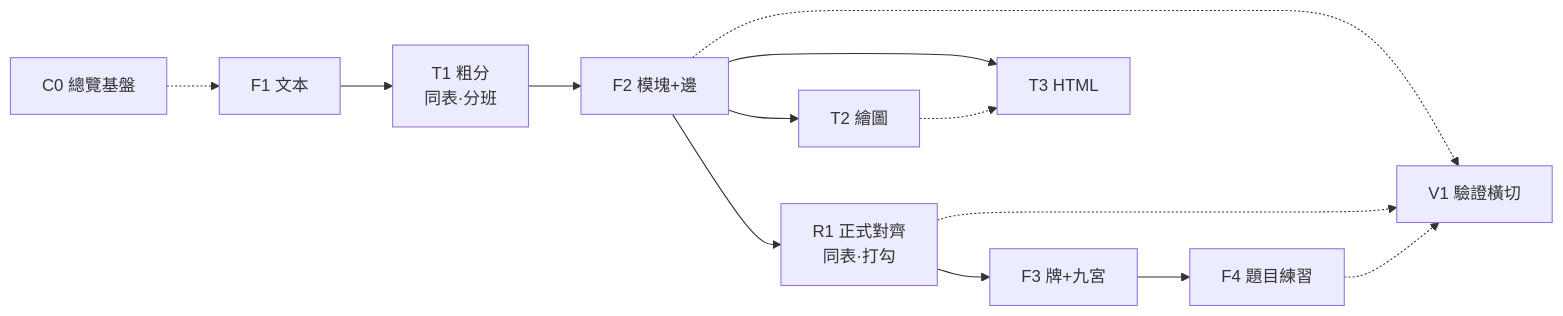
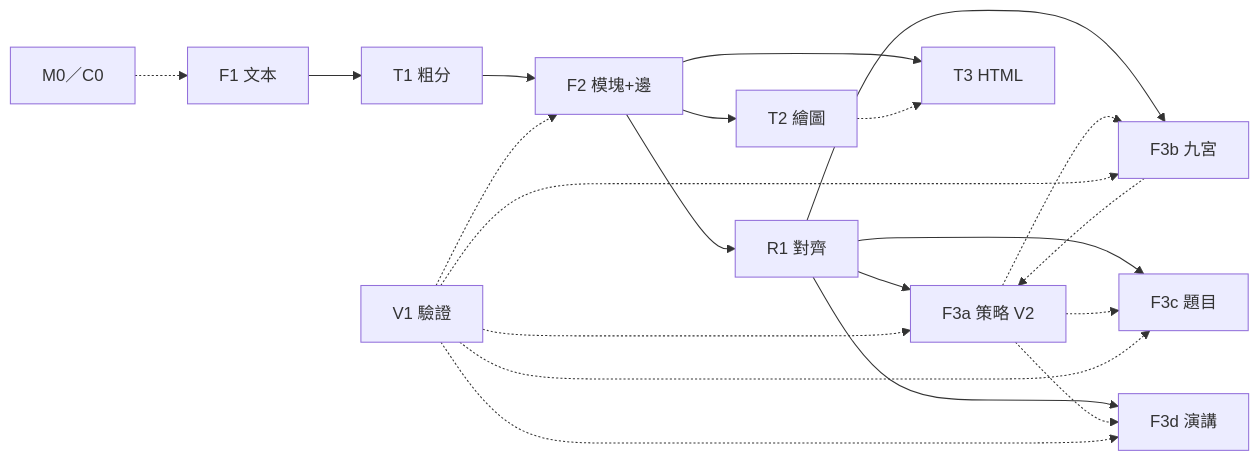
Before and after one commit to e76541/HS_LearnOSa: the diagram in docs/management/ops-id-legend.md, drawn with Mermaid. The commit also changed other lines of this file and 18 other files, not shown here.

````diff
--- a/docs/management/ops-id-legend.md
+++ b/docs/management/ops-id-legend.md
@@ -96,22 +133,34 @@
 ```mermaid
 flowchart LR
-  C0[C0 總覽基盤]
+  C0[M0／C0]
   F1[F1 文本]
-  T1[T1 粗分<br/>同表·分班]
+  T1[T1 粗分]
   F2[F2 模塊+邊]
-  R1[R1 正式對齊<br/>同表·打勾]
-  F3[F3 牌+九宮]
-  F4[F4 題目練習]
+  R1[R1 對齊]
+  F3a[F3a 策略 V2]
+  F3b[F3b 九宮]
+  F3c[F3c 題目]
+  F3d[F3d 演講]
   T2[T2 繪圖]
   T3[T3 HTML]
-  V1[V1 驗證橫切]
+  V1[V1 驗證]
 
   C0 -.-> F1
-  F1 --> T1 --> F2 --> R1 --> F3 --> F4
+  F1 --> T1 --> F2 --> R1
+  R1 --> F3a
+  R1 --> F3b
+  R1 --> F3c
+  R1 --> F3d
+  F3a -.-> F3b
+  F3a -.-> F3c
+  F3a -.-> F3d
+  F3b -.-> F3a
   F2 --> T2
   F2 --> T3
   T2 -.-> T3
-  F2 -.-> V1
-  R1 -.-> V1
-  F4 -.-> V1
+  V1 -.-> F2
+  V1 -.-> F3a
+  V1 -.-> F3b
+  V1 -.-> F3c
+  V1 -.-> F3d
 ```
````
